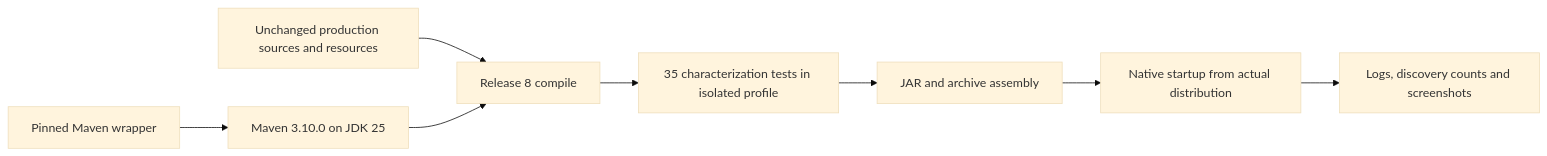
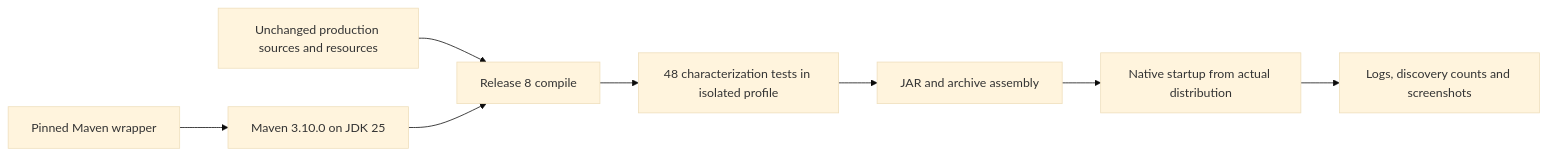
The first of 2 diagrams in docs/ADR/002-build-recovery.md (LucasMatuszewski/JSystems-JFTP-2026-10-30), drawn with Mermaid (base theme) before and after one commit. The commit also changed other lines of this file and 11 other files, not shown here.

````diff
--- a/docs/ADR/002-build-recovery.md
+++ b/docs/ADR/002-build-recovery.md
@@ -60,10 +60,10 @@
 ```mermaid
 flowchart LR
     Wrapper[Pinned Maven wrapper] --> Maven[Maven 3.10.0 on JDK 25]
     Sources[Unchanged production sources and resources] --> Compile[Release 8 compile]
     Maven --> Compile
-    Compile --> Tests[35 characterization tests in isolated profile]
+    Compile --> Tests[48 characterization tests in isolated profile]
     Tests --> Package[JAR and archive assembly]
     Package --> Native[Native startup from actual distribution]
     Native --> Evidence[Logs, discovery counts and screenshots]
 ```
````
